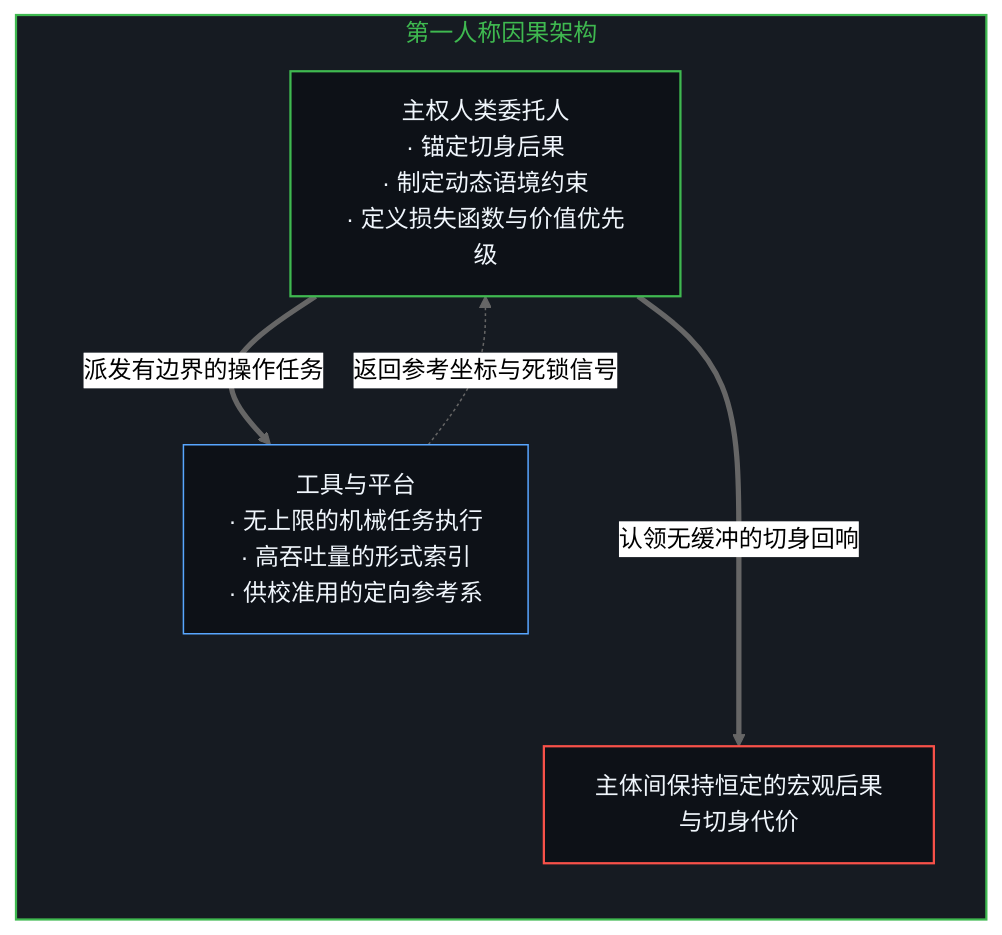
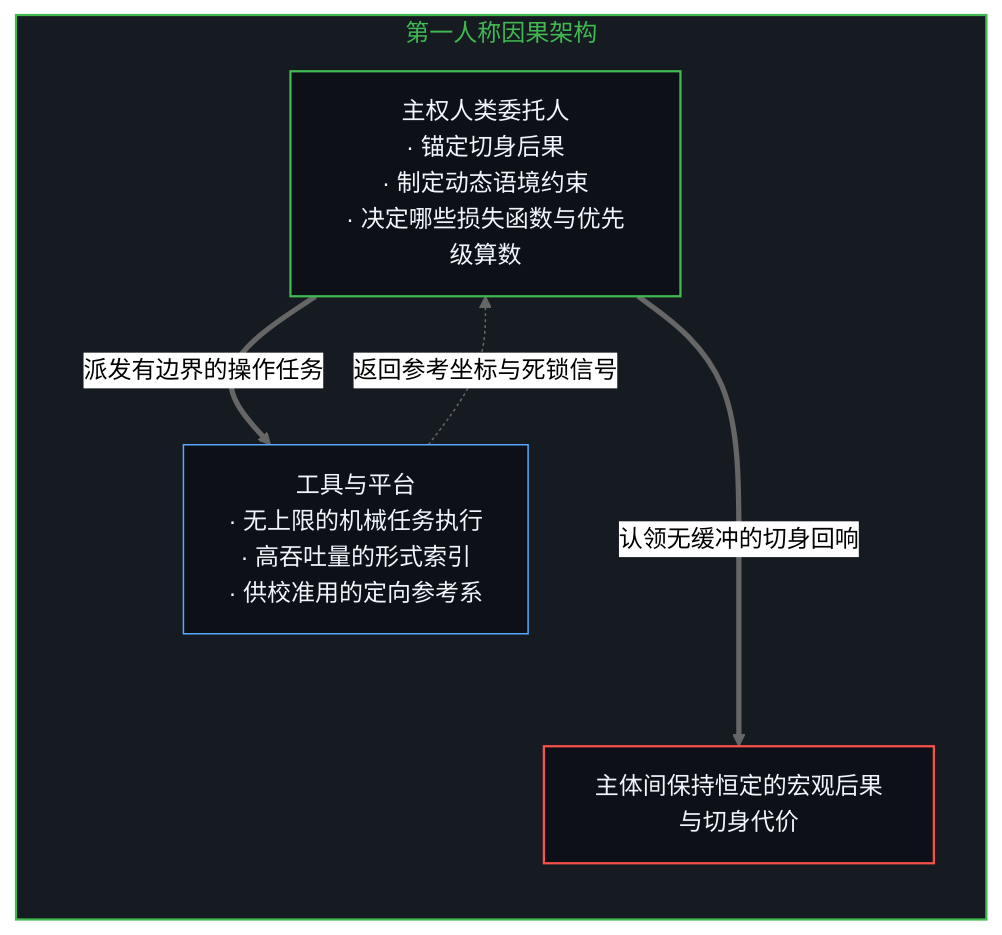
Before and after one commit to powerpig99/not-a-toe: diagram 11 of 12 in content/posts/the-delegation-of-the-task-and-the-inalienability-of-consequences.md, drawn with Mermaid (neutral theme). The commit also changed other lines of this file and 12 other files, not shown here.

````diff
--- a/content/posts/the-delegation-of-the-task-and-the-inalienability-of-consequences.md
+++ b/content/posts/the-delegation-of-the-task-and-the-inalienability-of-consequences.md
@@ -367,15 +367,15 @@
 ```mermaid
 flowchart TD
     subgraph S_Hierarchy["第一人称因果架构"]
         direction TB
-        H["主权人类委托人<br/>· 锚定切身后果<br/>· 制定动态语境约束<br/>· 定义损失函数与价值优先级"]
+        H["主权人类委托人<br/>· 锚定切身后果<br/>· 制定动态语境约束<br/>· 决定哪些损失函数与优先级算数"]
         T["工具与平台<br/>· 无上限的机械任务执行<br/>· 高吞吐量的形式索引<br/>· 供校准用的定向参考系"]
         H ==>|"派发有边界的操作任务"| T
         T -.->|"返回参考坐标与死锁信号"| H
         H ===>|"认领无缓冲的切身回响"| R["主体间保持恒定的宏观后果与切身代价"]
     end
     style S_Hierarchy fill:#161b22,stroke:#3fb950,stroke-width:1.5px,color:#3fb950
     style H fill:#0d1117,stroke:#3fb950,stroke-width:1.5px,color:#f0f6fc
     style T fill:#0d1117,stroke:#58a6ff,stroke-width:1px,color:#f0f6fc
     style R fill:#0d1117,stroke:#f85149,stroke-width:1.5px,color:#f0f6fc
 ```
````
